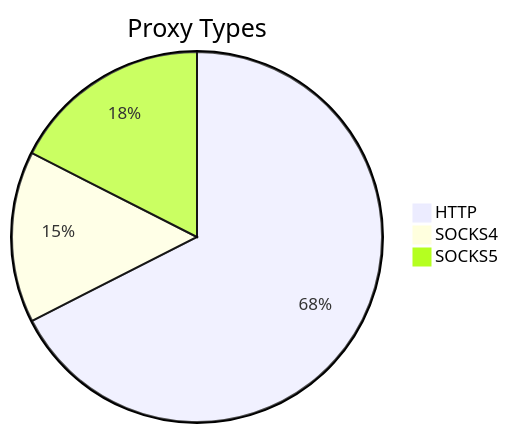
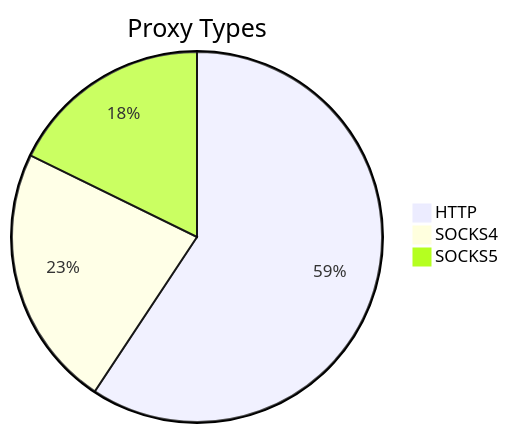
Before and after one commit to stormsia/proxy-list: the first of 2 diagrams in README.md, drawn with Mermaid. The commit also changed other lines of this file, not shown here.

````diff
--- a/README.md
+++ b/README.md
@@ -21,6 +21,6 @@
 ```mermaid
 pie title Proxy Types
-    "HTTP" : 424
-    "SOCKS4" : 94
-    "SOCKS5" : 110
+    "HTTP" : 615
+    "SOCKS4" : 238
+    "SOCKS5" : 184
 ```
````
